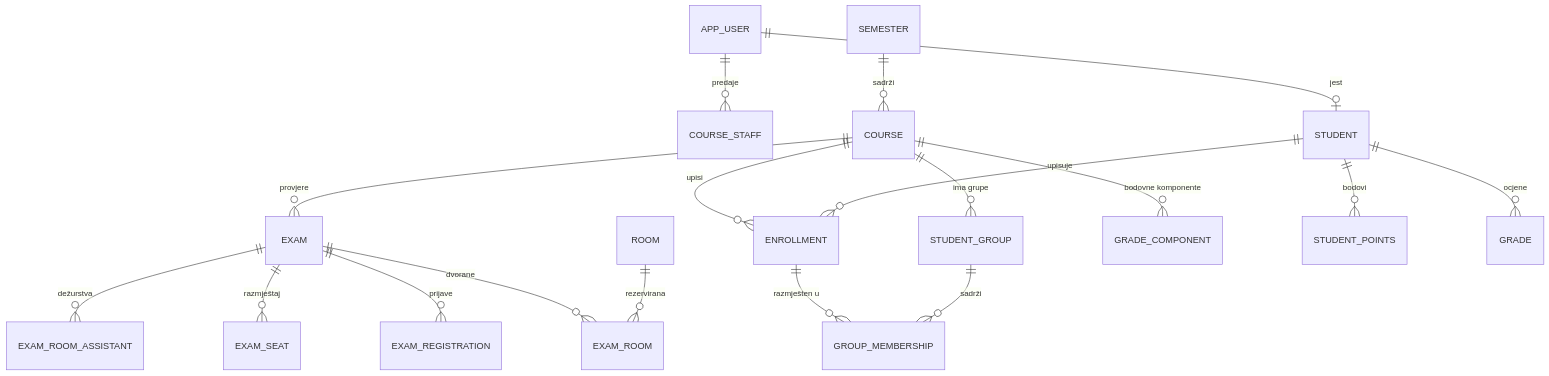
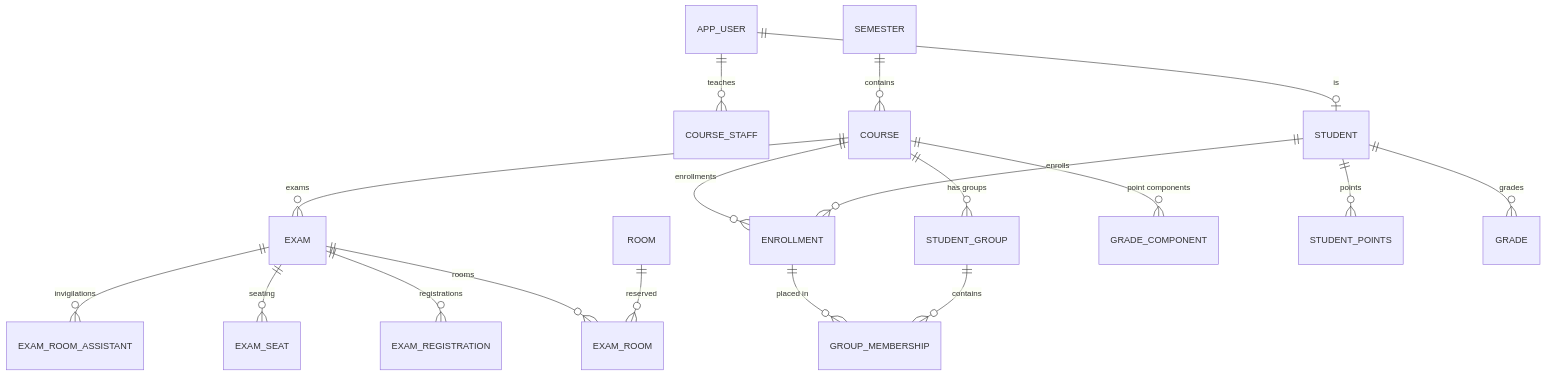
The sixth of 6 diagrams in README.md (KarloKnezevic/Ferko), drawn with Mermaid before and after one commit. The commit also changed other lines of this file and 38 other files, not shown here.

First line of the commit message:
Dokumentacija iznova na engleskom: marketinški README, UML i vodiči (#96)

````diff
--- a/README.md
+++ b/README.md
@@ -319,20 +365,20 @@
 ```mermaid
 erDiagram
-    APP_USER ||--o{ COURSE_STAFF : "predaje"
-    APP_USER ||--o| STUDENT : "jest"
-    SEMESTER ||--o{ COURSE : sadrži
-    COURSE ||--o{ STUDENT_GROUP : "ima grupe"
-    COURSE ||--o{ ENROLLMENT : "upisi"
-    STUDENT ||--o{ ENROLLMENT : upisuje
-    ENROLLMENT ||--o{ GROUP_MEMBERSHIP : "razmješten u"
-    STUDENT_GROUP ||--o{ GROUP_MEMBERSHIP : sadrži
-    COURSE ||--o{ EXAM : "provjere"
-    EXAM ||--o{ EXAM_REGISTRATION : prijave
-    EXAM ||--o{ EXAM_ROOM : "dvorane"
-    EXAM ||--o{ EXAM_SEAT : "razmještaj"
-    EXAM ||--o{ EXAM_ROOM_ASSISTANT : "dežurstva"
-    ROOM ||--o{ EXAM_ROOM : "rezervirana"
-    COURSE ||--o{ GRADE_COMPONENT : "bodovne komponente"
-    STUDENT ||--o{ STUDENT_POINTS : bodovi
-    STUDENT ||--o{ GRADE : ocjene
+    APP_USER ||--o{ COURSE_STAFF : "teaches"
+    APP_USER ||--o| STUDENT : "is"
+    SEMESTER ||--o{ COURSE : contains
+    COURSE ||--o{ STUDENT_GROUP : "has groups"
+    COURSE ||--o{ ENROLLMENT : "enrollments"
+    STUDENT ||--o{ ENROLLMENT : enrolls
+    ENROLLMENT ||--o{ GROUP_MEMBERSHIP : "placed in"
+    STUDENT_GROUP ||--o{ GROUP_MEMBERSHIP : contains
+    COURSE ||--o{ EXAM : "exams"
+    EXAM ||--o{ EXAM_REGISTRATION : registrations
+    EXAM ||--o{ EXAM_ROOM : "rooms"
+    EXAM ||--o{ EXAM_SEAT : "seating"
+    EXAM ||--o{ EXAM_ROOM_ASSISTANT : "invigilations"
+    ROOM ||--o{ EXAM_ROOM : "reserved"
+    COURSE ||--o{ GRADE_COMPONENT : "point components"
+    STUDENT ||--o{ STUDENT_POINTS : points
+    STUDENT ||--o{ GRADE : grades
 ```
````
